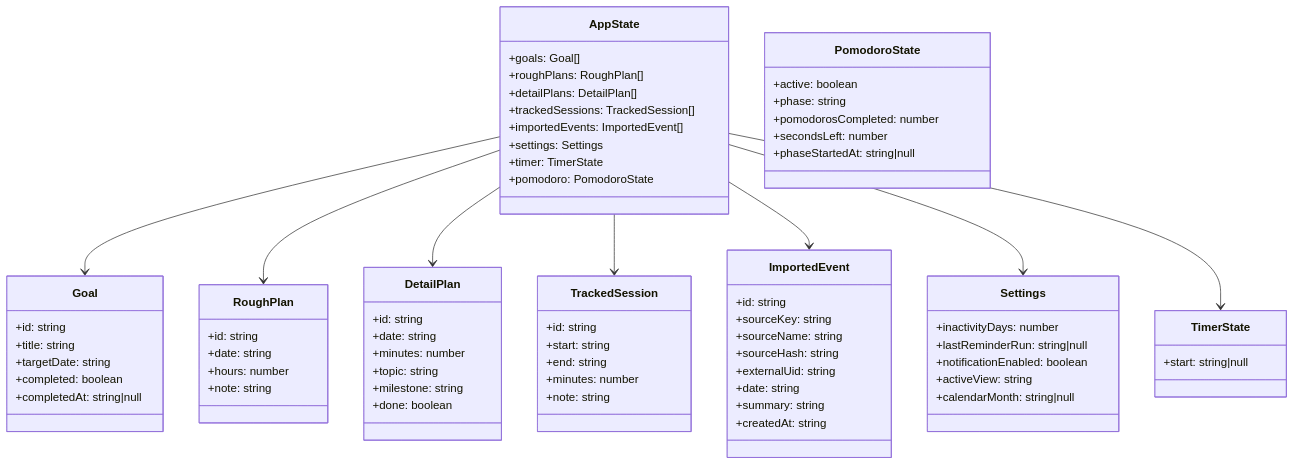
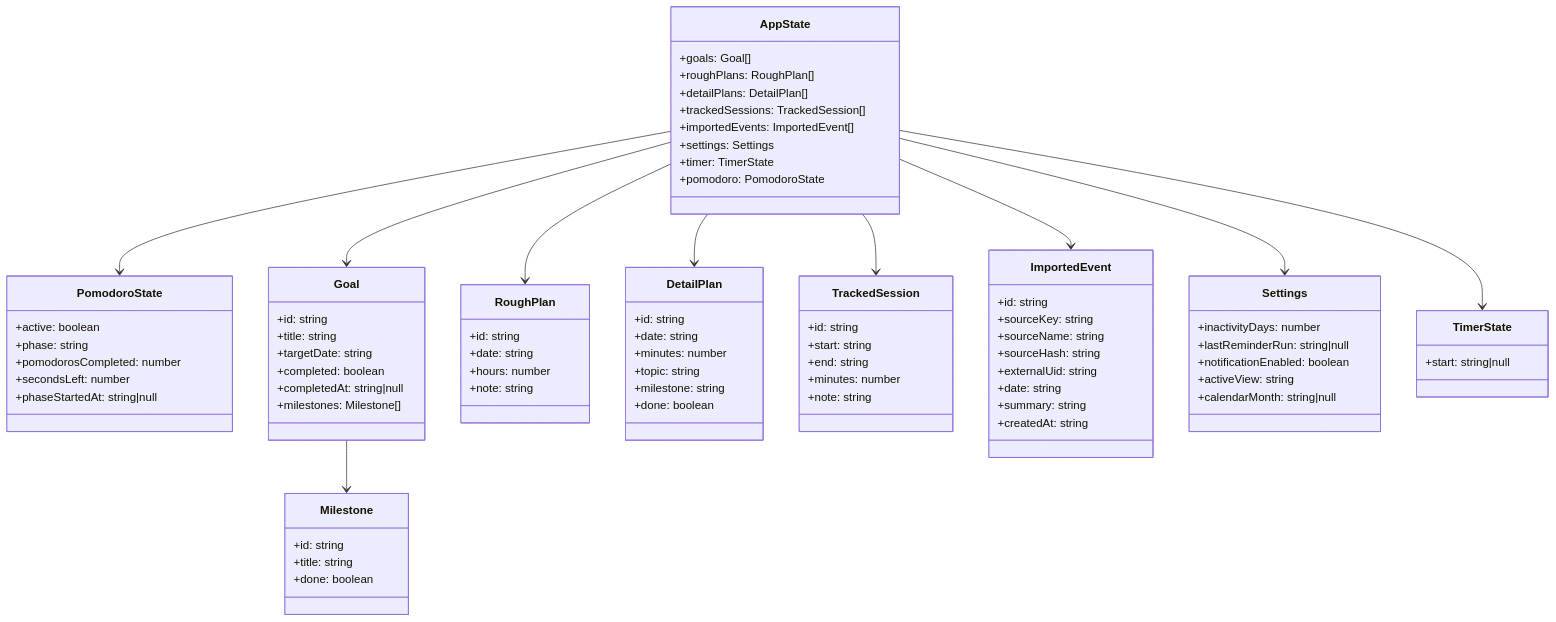
One commit to ChristinaSporer/FocusFlow changed the tenth of 17 diagrams in README.md. Above: the diagram before and after it, drawn with Mermaid. The commit also changed other lines of this file and 20 other files, not shown here.

````diff
--- a/README.md
+++ b/README.md
@@ -144,6 +328,13 @@
     +targetDate: string
     +completed: boolean
     +completedAt: string|null
+    +milestones: Milestone[]
+  }
+
+  class Milestone {
+    +id: string
+    +title: string
+    +done: boolean
   }
 
   class RoughPlan {
@@ -194,10 +385,12 @@
   }
 
   AppState --> Goal
+  Goal --> Milestone
   AppState --> RoughPlan
   AppState --> DetailPlan
   AppState --> TrackedSession
   AppState --> ImportedEvent
   AppState --> Settings
   AppState --> TimerState
+  AppState --> PomodoroState
 ```
````
